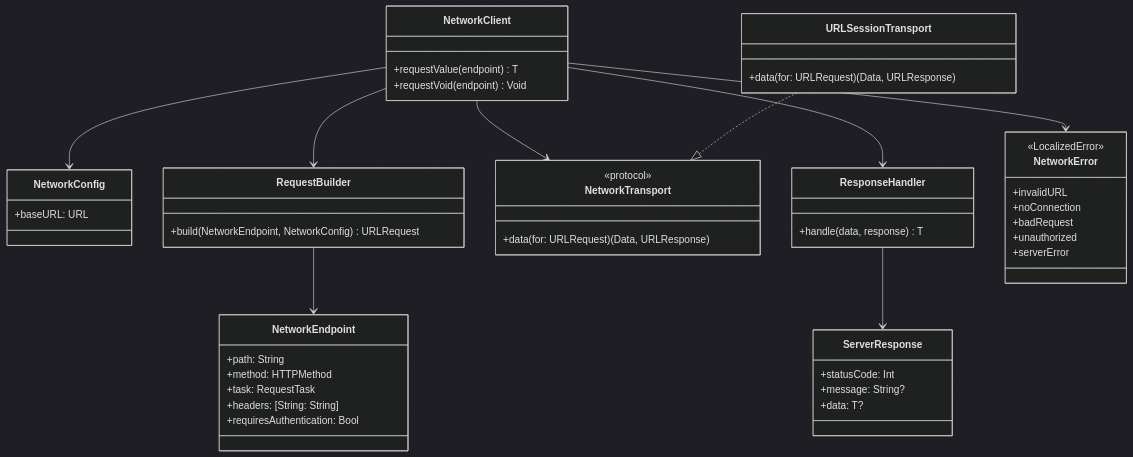
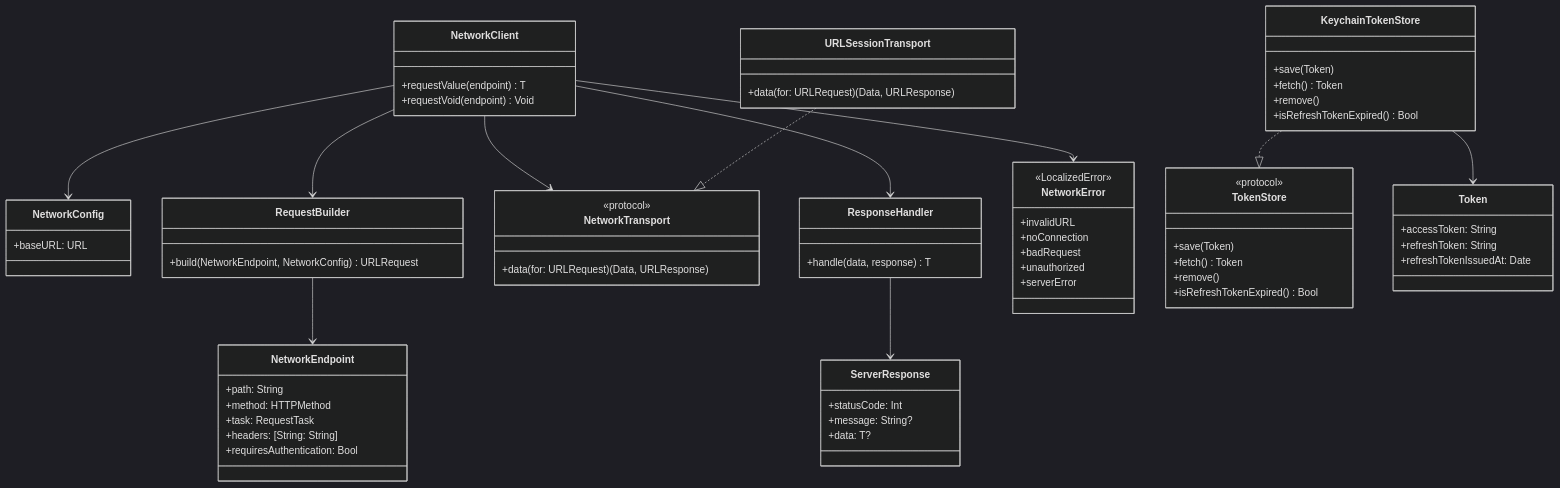
Before and after one commit to mediunn/Livith-iOS: the third of 8 diagrams in Projects/LivithNetworking/README.md, drawn with Mermaid (dark theme). The commit also changed other lines of this file and 11 other files, not shown here.

````diff
--- a/Projects/LivithNetworking/README.md
+++ b/Projects/LivithNetworking/README.md
@@ -99,6 +100,27 @@
         +data: T?
     }
 
+    class TokenStore {
+        <<protocol>>
+        +save(Token)
+        +fetch() Token
+        +remove()
+        +isRefreshTokenExpired() Bool
+    }
+
+    class KeychainTokenStore {
+        +save(Token)
+        +fetch() Token
+        +remove()
+        +isRefreshTokenExpired() Bool
+    }
+
+    class Token {
+        +accessToken: String
+        +refreshToken: String
+        +refreshTokenIssuedAt: Date
+    }
+
     NetworkClient --> NetworkConfig
     NetworkClient --> RequestBuilder
     NetworkClient --> NetworkTransport
@@ -107,4 +129,6 @@
     URLSessionTransport ..|> NetworkTransport
     RequestBuilder --> NetworkEndpoint
     ResponseHandler --> ServerResponse
+    KeychainTokenStore ..|> TokenStore
+    KeychainTokenStore --> Token
 ```
````
